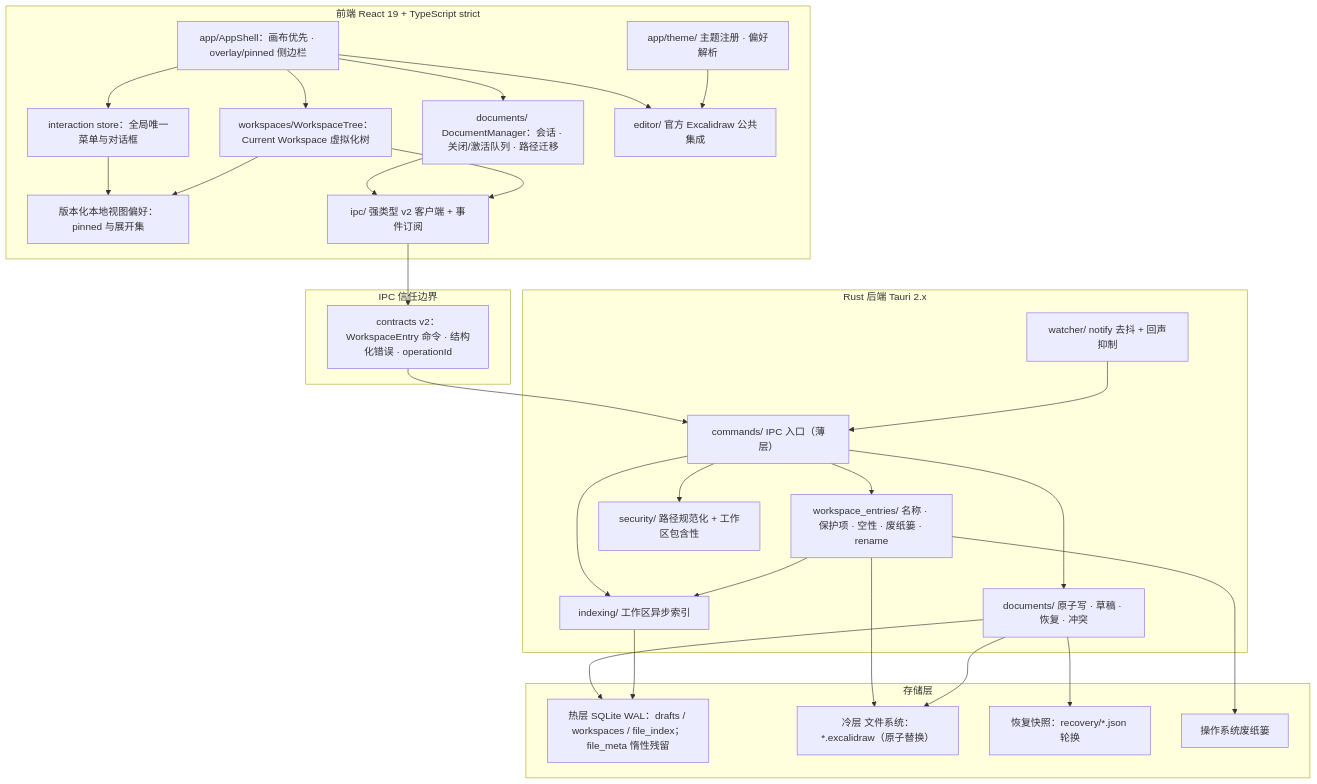
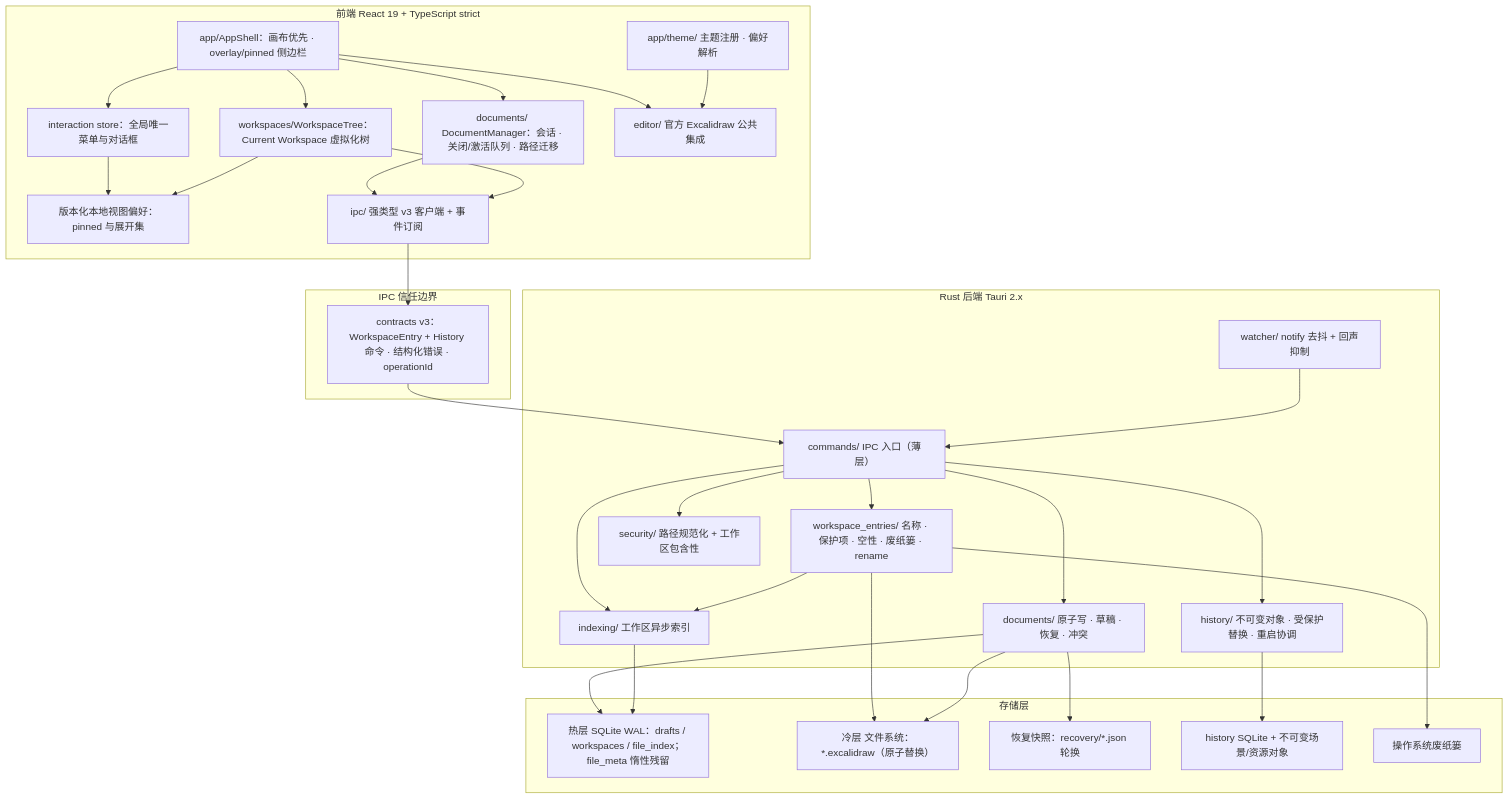
The first of 7 diagrams in docs/architecture.zh.md (ignacioli/excalidraw-desktop), drawn with Mermaid before and after one commit. The commit also changed other lines of this file and 77 other files, not shown here.

````diff
--- a/docs/architecture.zh.md
+++ b/docs/architecture.zh.md
@@ -19,52 +19,56 @@
 ```mermaid
 flowchart TB
     subgraph frontend [前端 React 19 + TypeScript strict]
         AppShell["app/AppShell：画布优先 · overlay/pinned 侧边栏"]
         Interaction["interaction store：全局唯一菜单与对话框"]
         Tree["workspaces/WorkspaceTree：Current Workspace 虚拟化树"]
         Docs["documents/ DocumentManager：会话 · 关闭/激活队列 · 路径迁移"]
         Editor["editor/ 官方 Excalidraw 公共集成"]
         Theme["app/theme/ 主题注册 · 偏好解析"]
         Prefs["版本化本地视图偏好：pinned 与展开集"]
-        IpcClient["ipc/ 强类型 v2 客户端 + 事件订阅"]
+        IpcClient["ipc/ 强类型 v3 客户端 + 事件订阅"]
     end
     subgraph boundary [IPC 信任边界]
-        Contracts["contracts v2：WorkspaceEntry 命令 · 结构化错误 · operationId"]
+        Contracts["contracts v3：WorkspaceEntry + History 命令 · 结构化错误 · operationId"]
     end
     subgraph backend [Rust 后端 Tauri 2.x]
         Commands["commands/ IPC 入口（薄层）"]
         EntryDomain["workspace_entries/ 名称 · 保护项 · 空性 · 废纸篓 · rename"]
         Security["security/ 路径规范化 + 工作区包含性"]
         DomainDocs["documents/ 原子写 · 草稿 · 恢复 · 冲突"]
+        HistoryDomain["history/ 不可变对象 · 受保护替换 · 重启协调"]
         Indexing["indexing/ 工作区异步索引"]
         Watcher["watcher/ notify 去抖 + 回声抑制"]
     end
     subgraph storage [存储层]
         Hot["热层 SQLite WAL：drafts / workspaces / file_index；file_meta 惰性残留"]
         Cold["冷层 文件系统：*.excalidraw（原子替换）"]
         Recovery["恢复快照：recovery/*.json 轮换"]
+        History["history SQLite + 不可变场景/资源对象"]
         Trash["操作系统废纸篓"]
     end
     AppShell --> Interaction
     AppShell --> Tree
     AppShell --> Docs
     AppShell --> Editor
     Interaction --> Prefs
     Tree --> Prefs
     Theme --> Editor
     Docs --> IpcClient
     Tree --> IpcClient
     IpcClient --> Contracts --> Commands
     Commands --> Security
     Commands --> EntryDomain
     Commands --> DomainDocs
+    Commands --> HistoryDomain
     Commands --> Indexing
     Watcher --> Commands
     EntryDomain --> Indexing
     EntryDomain --> Cold
     EntryDomain --> Trash
     DomainDocs --> Hot
     DomainDocs --> Cold
     DomainDocs --> Recovery
+    HistoryDomain --> History
     Indexing --> Hot
 ```
````
